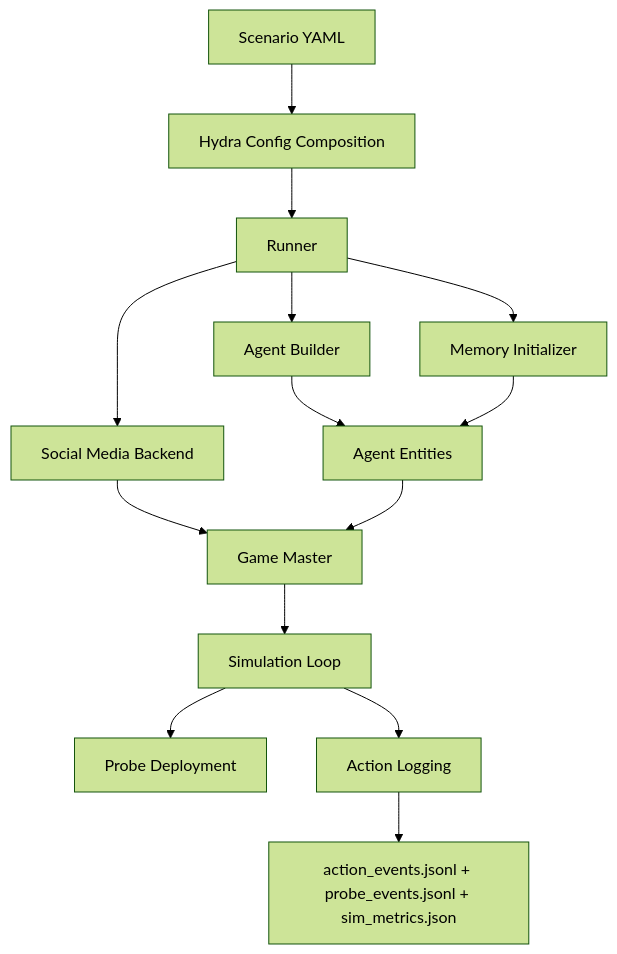
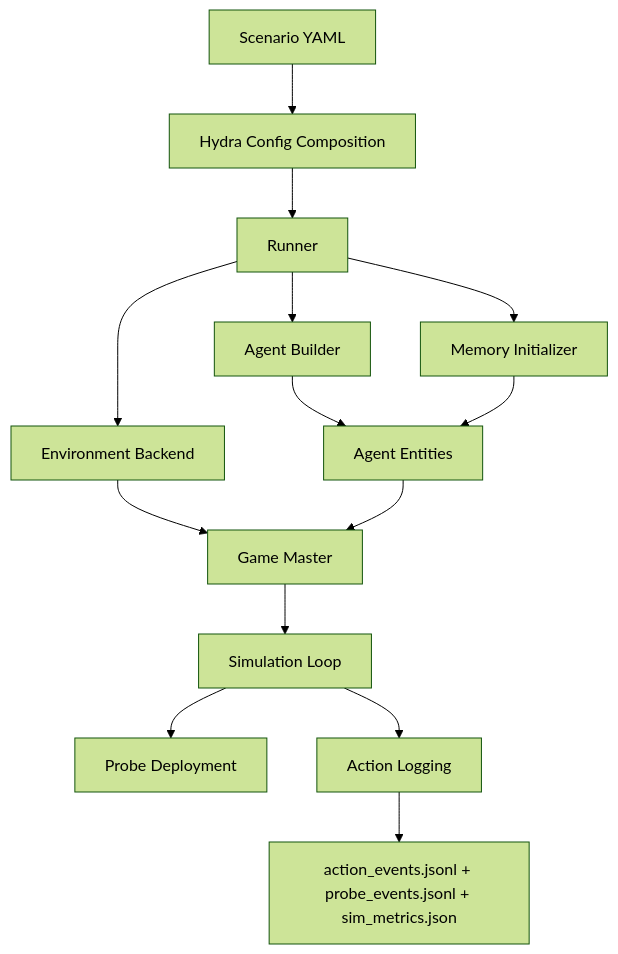
The diagram in docs/index.md (sandbox-social/silisocs), drawn with Mermaid (forest theme) before and after one commit. The commit also changed other lines of this file and 17 other files, not shown here.

````diff
--- a/docs/index.md
+++ b/docs/index.md
@@ -115,16 +118,16 @@
 ```mermaid
 graph TD
     A[Scenario YAML] --> B[Hydra Config Composition]
     B --> C[Runner]
     C --> D[Agent Builder]
     C --> E[Memory Initializer]
-    C --> F[Social Media Backend]
+    C --> F[Environment Backend]
     D --> G[Agent Entities]
     E --> G
     F --> H[Game Master]
     G --> H
     H --> I[Simulation Loop]
     I --> J[Probe Deployment]
     I --> K[Action Logging]
     K --> L[action_events.jsonl + probe_events.jsonl + sim_metrics.json]
 ```
````
